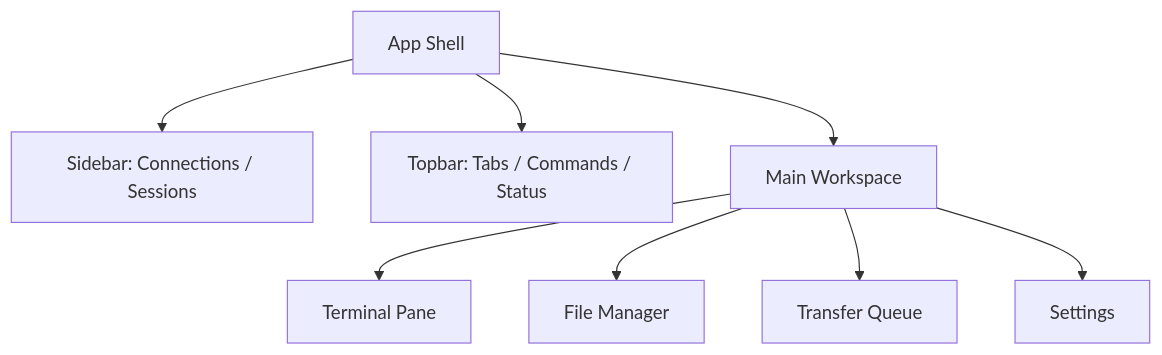
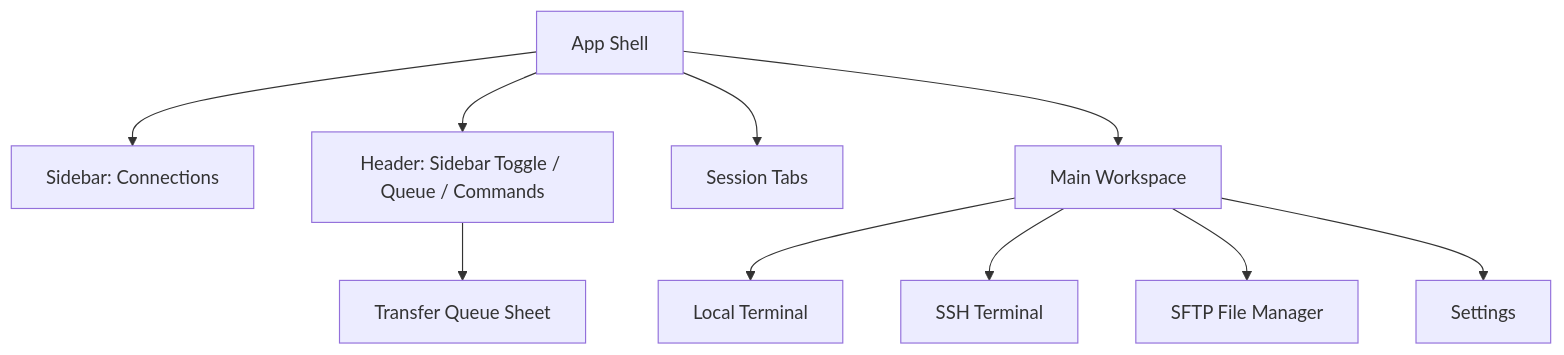
The diagram in docs/04-ui-ux-and-theme-i18n.md (gsxhnd/Puck), drawn with Mermaid before and after one commit. The commit also changed other lines of this file and 52 other files, not shown here.

````diff
--- a/docs/04-ui-ux-and-theme-i18n.md
+++ b/docs/04-ui-ux-and-theme-i18n.md
@@ -15,19 +16,23 @@
 ```mermaid
 flowchart TB
   App["App Shell"]
-  Sidebar["Sidebar: Connections / Sessions"]
-  Topbar["Topbar: Tabs / Commands / Status"]
+  Sidebar["Sidebar: Connections"]
+  Header["Header: Sidebar Toggle / Queue / Commands"]
+  Tabs["Session Tabs"]
   Main["Main Workspace"]
-  Terminal["Terminal Pane"]
-  Files["File Manager"]
-  Queue["Transfer Queue"]
+  LocalTerminal["Local Terminal"]
+  SshTerminal["SSH Terminal"]
+  Files["SFTP File Manager"]
+  Queue["Transfer Queue Sheet"]
   Settings["Settings"]
 
   App --> Sidebar
-  App --> Topbar
+  App --> Header
+  App --> Tabs
   App --> Main
-  Main --> Terminal
+  Main --> LocalTerminal
+  Main --> SshTerminal
   Main --> Files
-  Main --> Queue
   Main --> Settings
+  Header --> Queue
 ```
````
